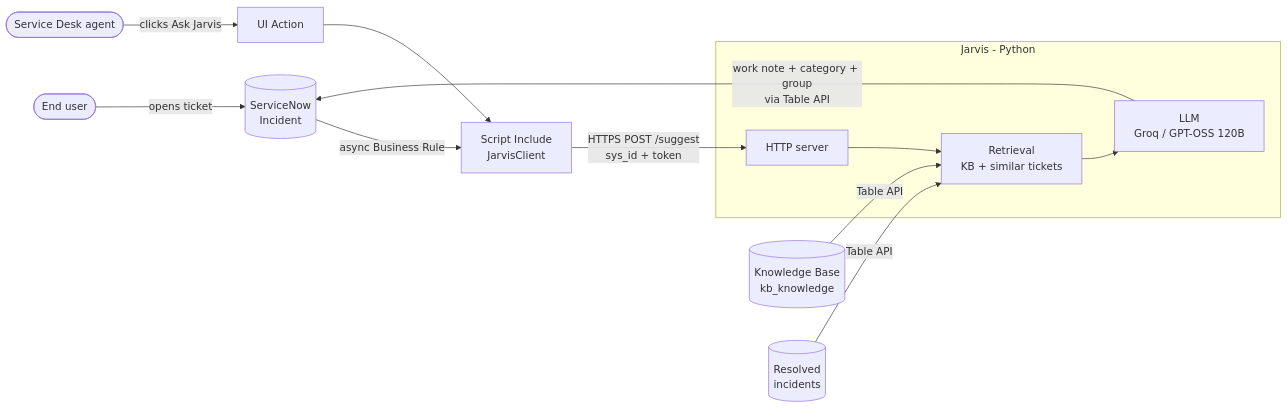
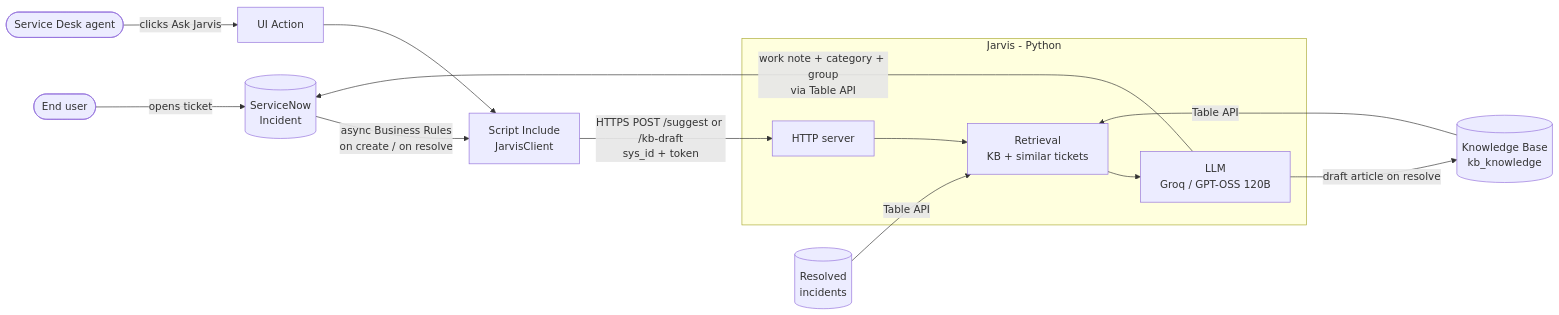
The first of 2 diagrams in README.md (tortonef/jarvis-servicenow), drawn with Mermaid before and after one commit. The commit also changed other lines of this file and 11 other files, not shown here.

````diff
--- a/README.md
+++ b/README.md
@@ -13,15 +13,16 @@
 ```mermaid
 flowchart LR
     U([End user]) -->|opens ticket| INC[(ServiceNow<br/>Incident)]
     A([Service Desk agent]) -->|clicks Ask Jarvis| BTN[UI Action]
-    INC -->|async Business Rule| CL[Script Include<br/>JarvisClient]
+    INC -->|async Business Rules<br/>on create / on resolve| CL[Script Include<br/>JarvisClient]
     BTN --> CL
-    CL -->|HTTPS POST /suggest<br/>sys_id + token| S
+    CL -->|HTTPS POST /suggest or /kb-draft<br/>sys_id + token| S
     subgraph Jarvis [Jarvis - Python]
         S[HTTP server] --> R[Retrieval<br/>KB + similar tickets]
         R --> L[LLM<br/>Groq / GPT-OSS 120B]
     end
     KB[(Knowledge Base<br/>kb_knowledge)] -->|Table API| R
     HIST[(Resolved<br/>incidents)] -->|Table API| R
     L -->|work note + category + group<br/>via Table API| INC
+    L -->|draft article on resolve| KB
 ```
````
